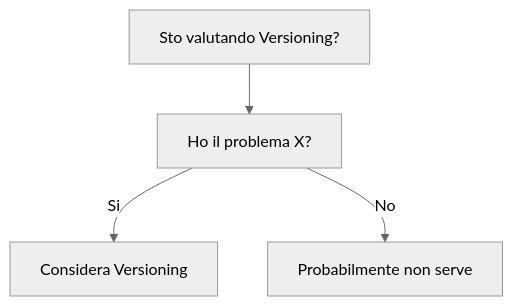
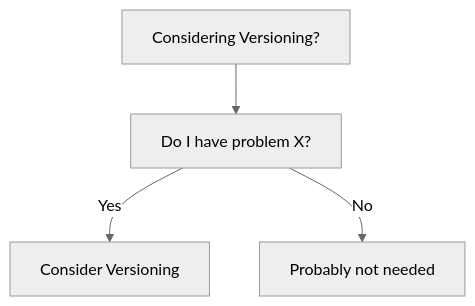
Before and after one commit to HxT9/Software-Dev-Wiki: the diagram in dev-wiki/10_DevOps/Versioning/When_To_Use.md, drawn with Mermaid (neutral theme). The commit also changed other lines of this file and 3444 other files, not shown here.

````diff
--- a/dev-wiki/10_DevOps/Versioning/When_To_Use.md
+++ b/dev-wiki/10_DevOps/Versioning/When_To_Use.md
@@ -19,6 +19,6 @@
 ```mermaid
 flowchart TD
-  Q[Sto valutando Versioning?] --> Q1[Ho il problema X?]
-  Q1 -->|Si| OK[Considera Versioning]
-  Q1 -->|No| NO[Probabilmente non serve]
+  Q[Considering Versioning?] --> Q1[Do I have problem X?]
+  Q1 -->|Yes| OK[Consider Versioning]
+  Q1 -->|No| NO[Probably not needed]
 ```
````
